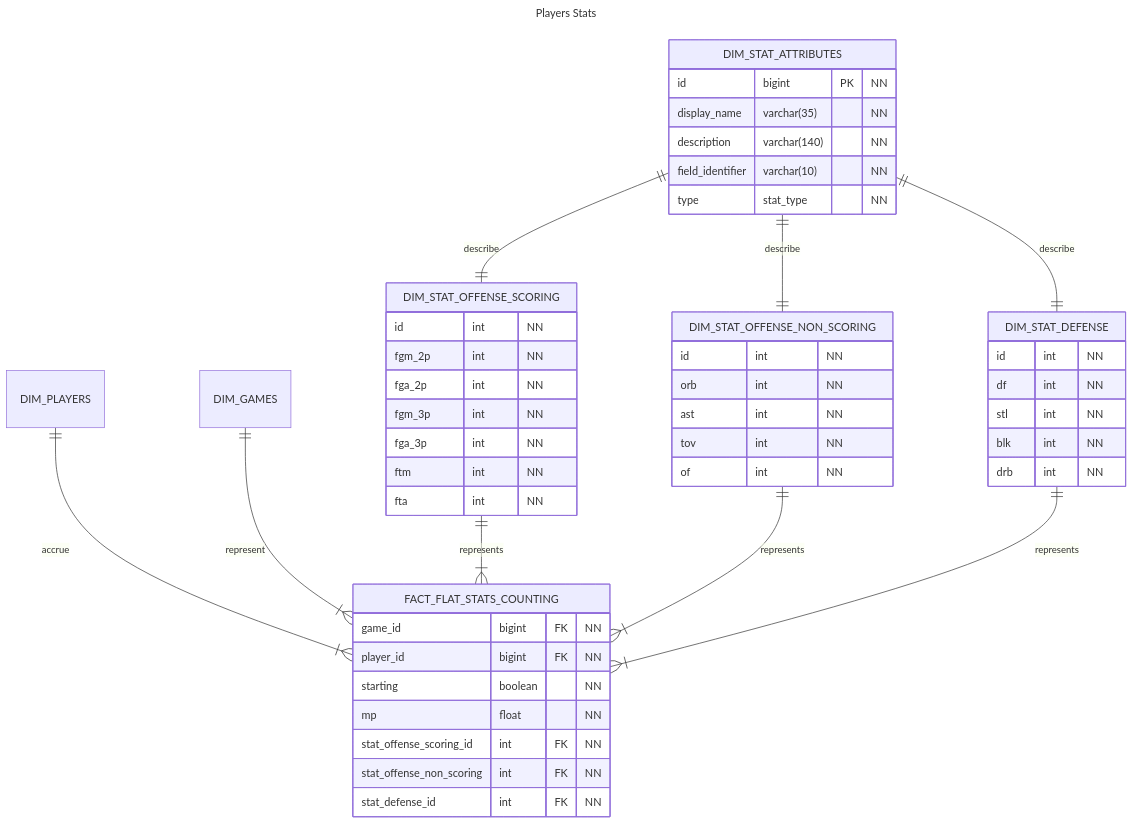
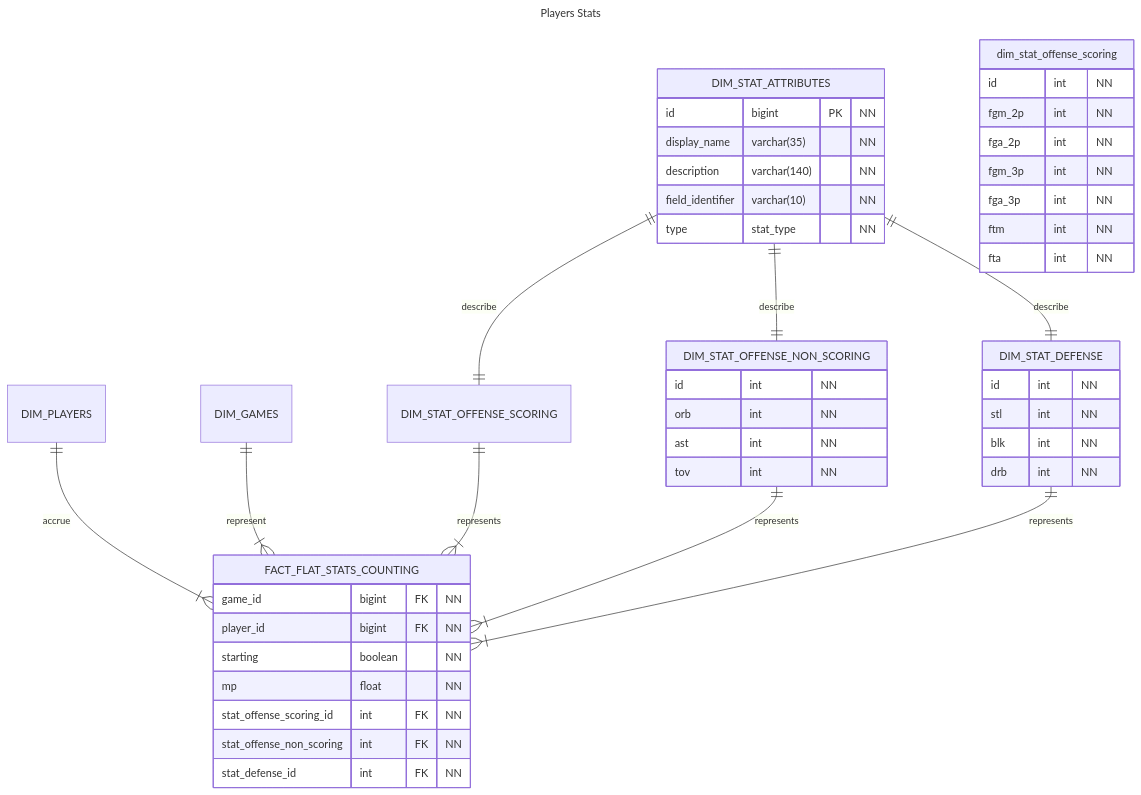
One commit to SwolenOstrich430/basketball-stats changed the diagram in docs/database/erd/players/players-counting-stats.mmd. Above: the diagram before and after it, drawn with Mermaid. The commit also changed 3 other files, not shown here.

```diff
--- a/docs/database/erd/players/players-counting-stats.mmd
+++ b/docs/database/erd/players/players-counting-stats.mmd
@@ -1,57 +1,55 @@
 ---
 title: Players Stats
 ---
 
 erDiagram
     DIM_PLAYERS ||--|{ FACT_FLAT_STATS_COUNTING : accrue
     DIM_GAMES ||--|{ FACT_FLAT_STATS_COUNTING : represent
     DIM_STAT_OFFENSE_SCORING ||--|{ FACT_FLAT_STATS_COUNTING : represents
     DIM_STAT_OFFENSE_NON_SCORING ||--|{ FACT_FLAT_STATS_COUNTING : represents
     DIM_STAT_DEFENSE ||--|{ FACT_FLAT_STATS_COUNTING : represents
     DIM_STAT_ATTRIBUTES ||--|| DIM_STAT_OFFENSE_SCORING : describe 
     DIM_STAT_ATTRIBUTES ||--|| DIM_STAT_OFFENSE_NON_SCORING : describe 
     DIM_STAT_ATTRIBUTES ||--|| DIM_STAT_DEFENSE : describe 
 
     FACT_FLAT_STATS_COUNTING {
         game_id bigint FK "NN"
         player_id bigint FK "NN" 
         starting boolean "NN"
         mp float "NN" 
         stat_offense_scoring_id int FK "NN"
         stat_offense_non_scoring int FK "NN"
         stat_defense_id int FK "NN"
     }
 
-    DIM_STAT_OFFENSE_SCORING {
+    dim_stat_offense_scoring {
         id int "NN"
         fgm_2p int "NN"
         fga_2p int "NN"
         fgm_3p int "NN"
         fga_3p int "NN"
         ftm int "NN"
         fta int "NN"
     }
 
     DIM_STAT_OFFENSE_NON_SCORING {
         id int "NN"
         orb int "NN" 
         ast int "NN"
         tov int "NN"
-        of int "NN"
     }
 
     DIM_STAT_DEFENSE {
         id int "NN"
-        df int "NN"
         stl int "NN"
         blk int "NN"
         drb int "NN"
     }
 
     DIM_STAT_ATTRIBUTES {
         id bigint PK "NN" 
         display_name varchar(35) "NN" 
         description varchar(140) "NN"
         field_identifier varchar(10) "NN"
         type stat_type "NN"
     }
```
